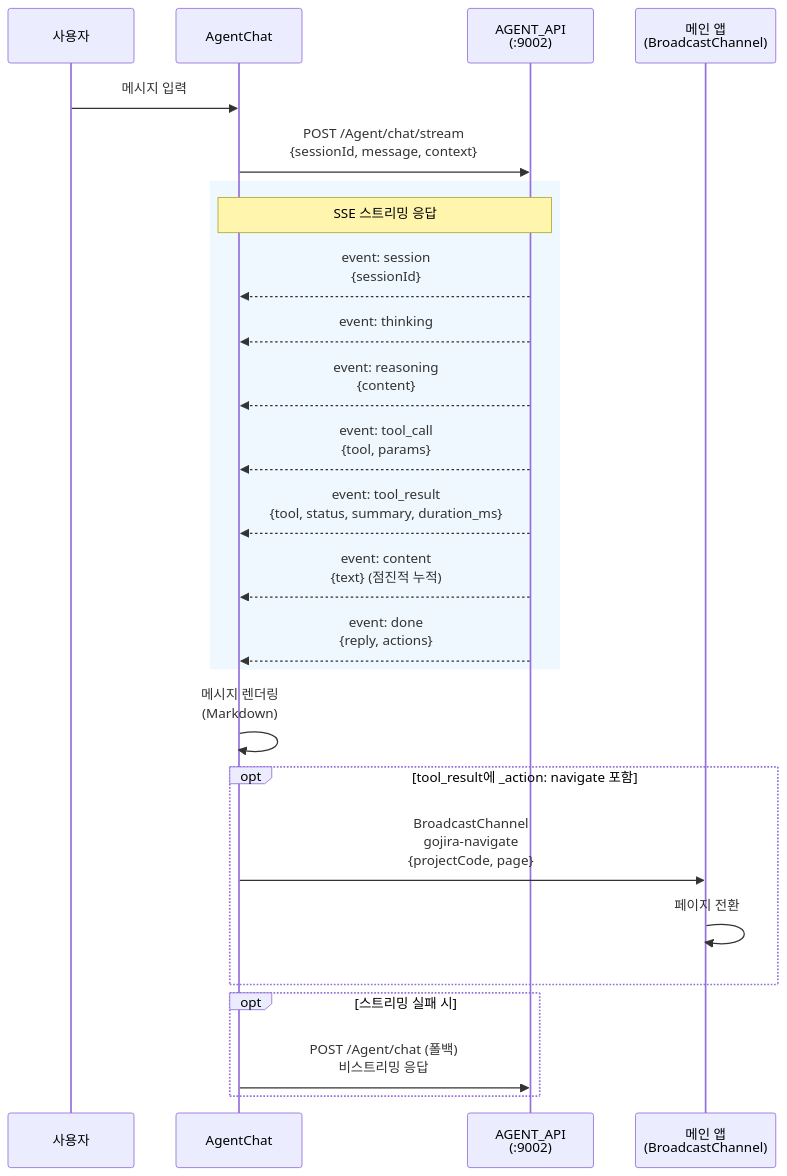
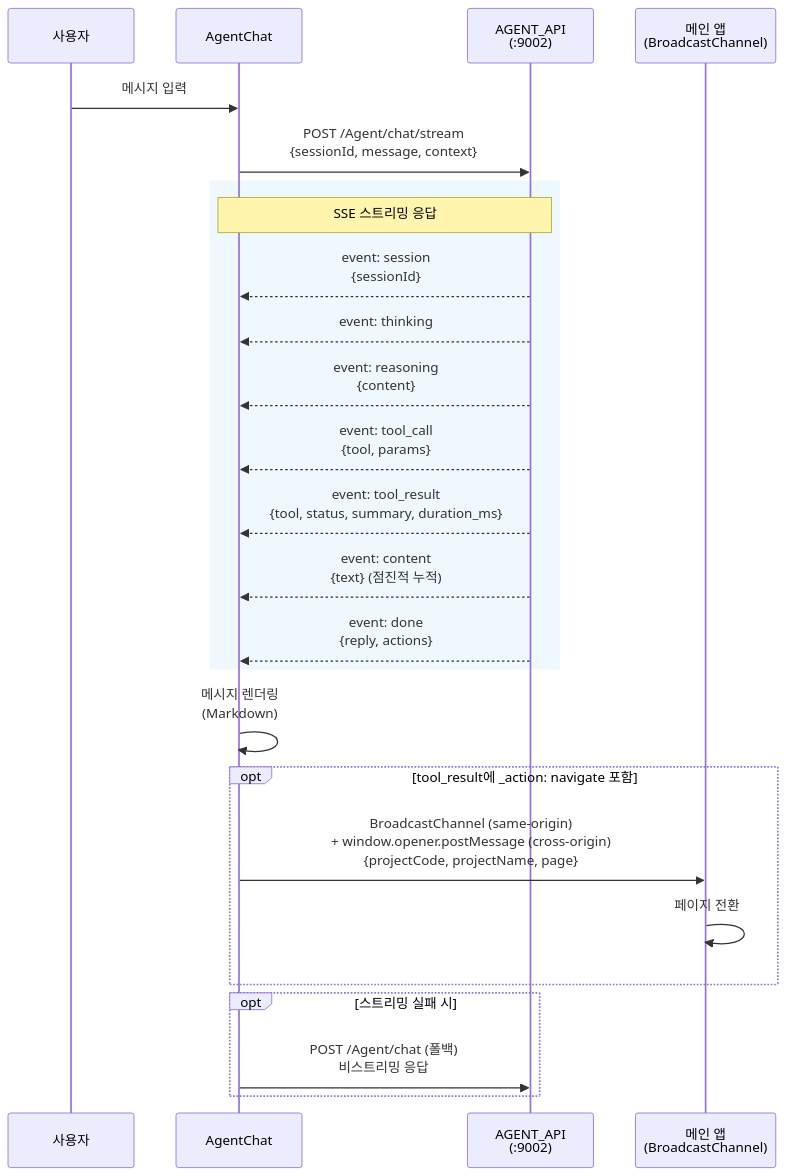
The fourth of 6 diagrams in docs/design-application.md (archi-duke/GoJIRA), drawn with Mermaid before and after one commit. The commit also changed other lines of this file and 3 other files, not shown here.

First line of the commit message:
설계문서 코드 일치 업데이트: 포트/컴포넌트 소유권/cross-origin 통신

````diff
--- a/docs/design-application.md
+++ b/docs/design-application.md
@@ -480,32 +484,32 @@
 ```mermaid
 sequenceDiagram
     participant User as 사용자
     participant AC as AgentChat
     participant Agent as AGENT_API<br/>(:9002)
     participant Main as 메인 앱<br/>(BroadcastChannel)
 
     User->>AC: 메시지 입력
     AC->>Agent: POST /Agent/chat/stream<br/>{sessionId, message, context}
 
     rect rgb(240, 248, 255)
         Note over Agent,AC: SSE 스트리밍 응답
         Agent-->>AC: event: session<br/>{sessionId}
         Agent-->>AC: event: thinking
         Agent-->>AC: event: reasoning<br/>{content}
         Agent-->>AC: event: tool_call<br/>{tool, params}
         Agent-->>AC: event: tool_result<br/>{tool, status, summary, duration_ms}
         Agent-->>AC: event: content<br/>{text} (점진적 누적)
         Agent-->>AC: event: done<br/>{reply, actions}
     end
 
     AC->>AC: 메시지 렌더링<br/>(Markdown)
 
     opt tool_result에 _action: navigate 포함
-        AC->>Main: BroadcastChannel<br/>gojira-navigate<br/>{projectCode, page}
+        AC->>Main: BroadcastChannel (same-origin)<br/>+ window.opener.postMessage (cross-origin)<br/>{projectCode, projectName, page}
         Main->>Main: 페이지 전환
     end
 
     opt 스트리밍 실패 시
         AC->>Agent: POST /Agent/chat (폴백)<br/>비스트리밍 응답
     end
 ```
````
